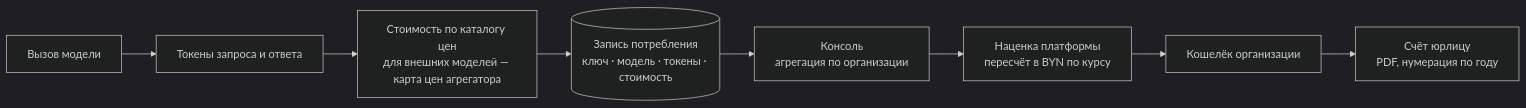
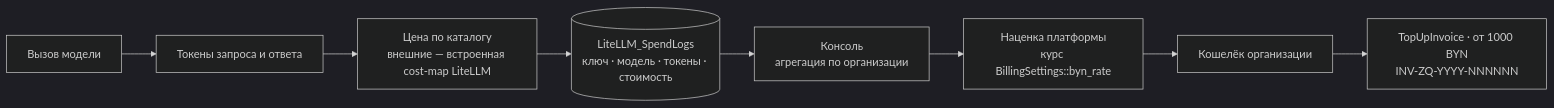
One commit to ZubikIT/ai-architect changed the second of 3 diagrams in zubriq-platform/docs/diagrams/data-flow.md. Above: the diagram before and after it, drawn with Mermaid (dark theme). The commit also changed other lines of this file and 8 other files, not shown here.

````diff
--- a/zubriq-platform/docs/diagrams/data-flow.md
+++ b/zubriq-platform/docs/diagrams/data-flow.md
@@ -34,10 +34,10 @@
 ```mermaid
 flowchart LR
   call["Вызов модели"] --> tokens["Токены запроса и ответа"]
-  tokens --> price["Стоимость по каталогу цен<br/>для внешних моделей — карта цен агрегатора"]
-  price --> log[("Запись потребления<br/>ключ · модель · токены · стоимость")]
+  tokens --> price["Цена по каталогу<br/>внешние — встроенная cost-map LiteLLM"]
+  price --> log[("LiteLLM_SpendLogs<br/>ключ · модель · токены · стоимость")]
   log --> console["Консоль<br/>агрегация по организации"]
-  console --> margin["Наценка платформы<br/>пересчёт в BYN по курсу"]
+  console --> margin["Наценка платформы<br/>курс BillingSettings::byn_rate"]
   margin --> wallet["Кошелёк организации"]
-  wallet --> invoice["Счёт юрлицу<br/>PDF, нумерация по году"]
+  wallet --> invoice["TopUpInvoice · от 1000 BYN<br/>INV-ZQ-YYYY-NNNNNN"]
 ```
````
